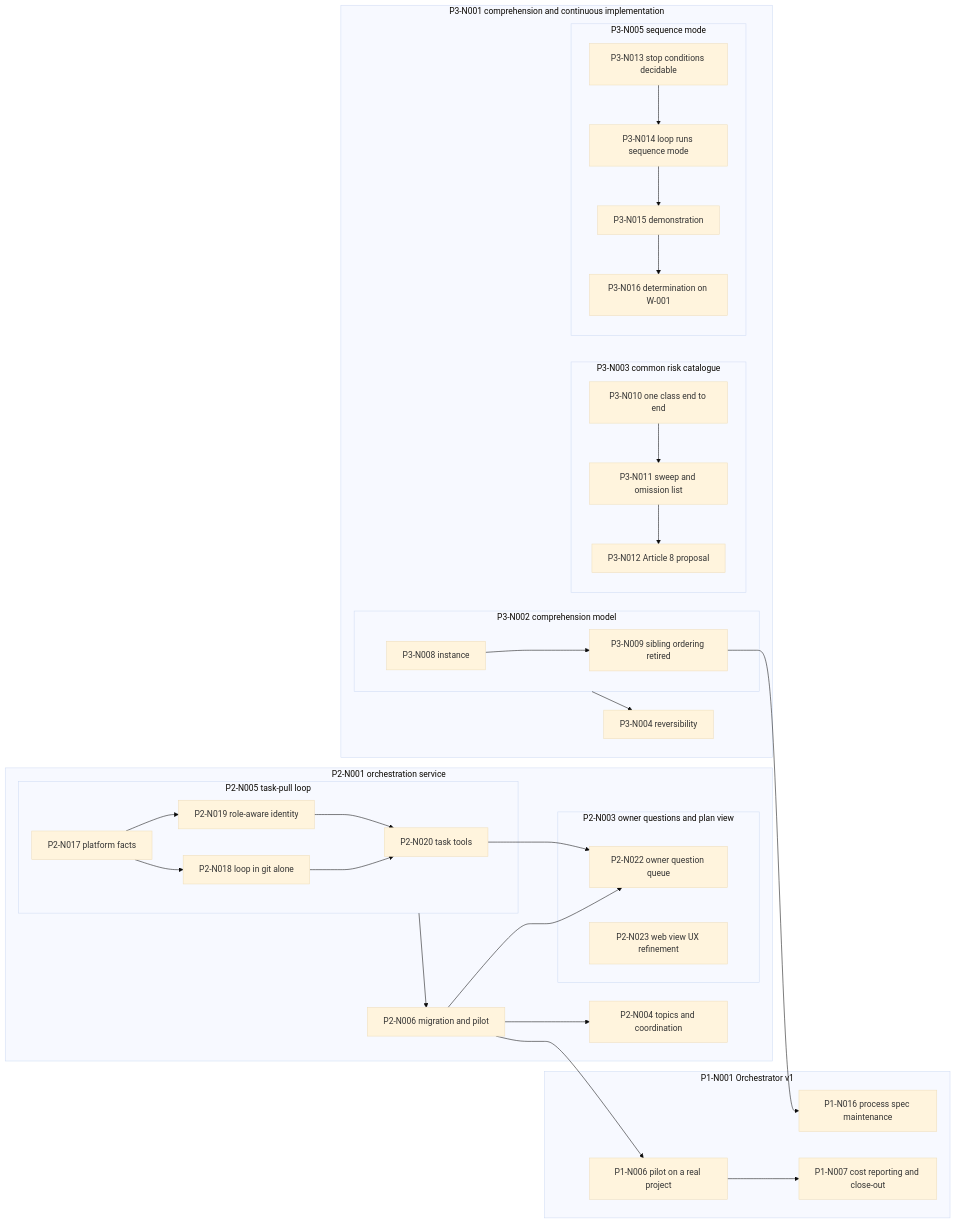
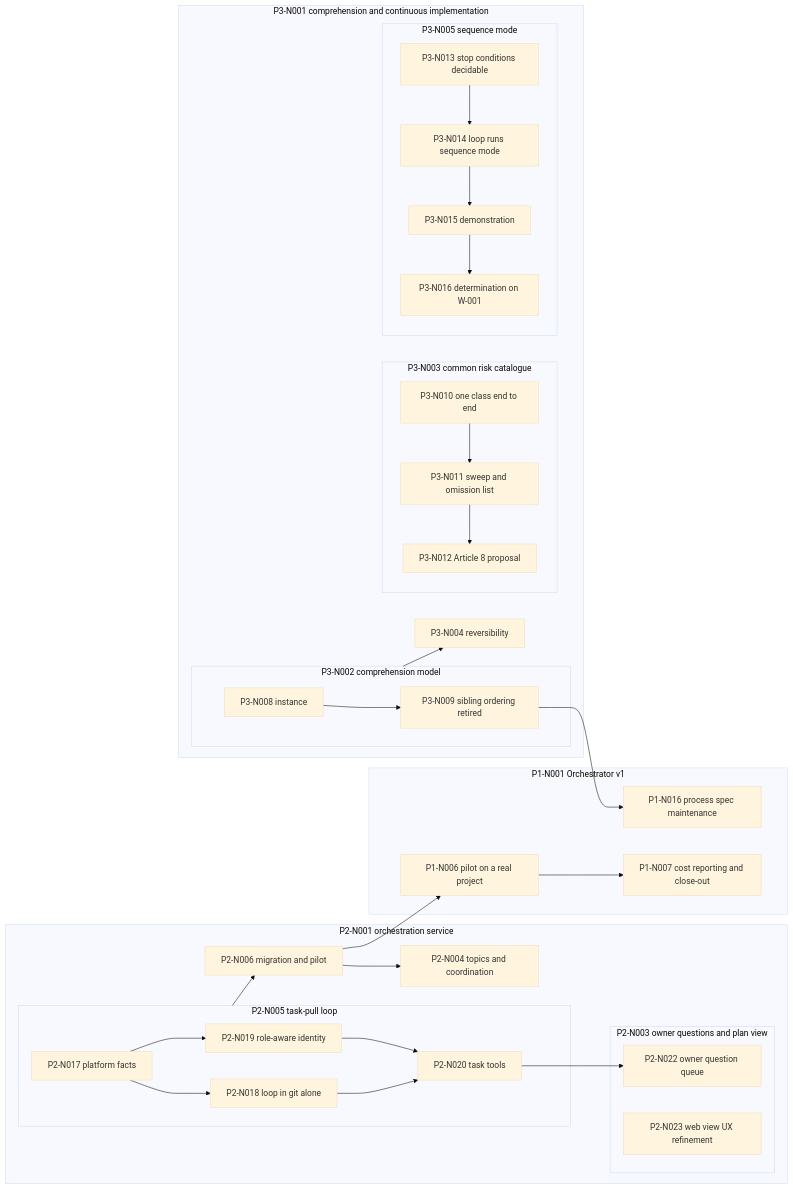
One commit to majodali/project-orchestrator changed the diagram in docs/plan.md. Above: the diagram before and after it, drawn with Mermaid (base theme). The commit also changed other lines of this file and 5 other files, not shown here.

````diff
--- a/docs/plan.md
+++ b/docs/plan.md
@@ -511,53 +512,52 @@
 ```mermaid
 graph LR
   subgraph P1N001["P1-N001 Orchestrator v1"]
     P1N016["P1-N016 process spec maintenance"]
     P1N006["P1-N006 pilot on a real project"]
     P1N007["P1-N007 cost reporting and close-out"]
   end
   subgraph P2N001["P2-N001 orchestration service"]
     subgraph P2N003["P2-N003 owner questions and plan view"]
       P2N022["P2-N022 owner question queue"]
       P2N023["P2-N023 web view UX refinement"]
     end
     P2N004["P2-N004 topics and coordination"]
     subgraph P2N005["P2-N005 task-pull loop"]
       P2N017["P2-N017 platform facts"]
       P2N018["P2-N018 loop in git alone"]
       P2N019["P2-N019 role-aware identity"]
       P2N020["P2-N020 task tools"]
     end
     P2N006["P2-N006 migration and pilot"]
   end
   subgraph P3N001["P3-N001 comprehension and continuous implementation"]
     subgraph P3N002["P3-N002 comprehension model"]
       P3N008["P3-N008 instance"]
       P3N009["P3-N009 sibling ordering retired"]
     end
     subgraph P3N003["P3-N003 common risk catalogue"]
       P3N010["P3-N010 one class end to end"]
       P3N011["P3-N011 sweep and omission list"]
       P3N012["P3-N012 Article 8 proposal"]
     end
     P3N004["P3-N004 reversibility"]
     subgraph P3N005["P3-N005 sequence mode"]
       P3N013["P3-N013 stop conditions decidable"]
       P3N014["P3-N014 loop runs sequence mode"]
       P3N015["P3-N015 demonstration"]
       P3N016["P3-N016 determination on W-001"]
     end
   end
   P3N008 --> P3N009
   P3N010 --> P3N011 --> P3N012
   P3N013 --> P3N014 --> P3N015 --> P3N016
   P3N002 --> P3N004
-  P2N006 --> P2N022
   P2N017 --> P2N018 --> P2N020
   P2N017 --> P2N019 --> P2N020
   P2N020 --> P2N022
   P2N005 --> P2N006
   P2N006 --> P2N004
   P2N006 --> P1N006
   P1N006 --> P1N007
   P3N009 --> P1N016
 ```
````
